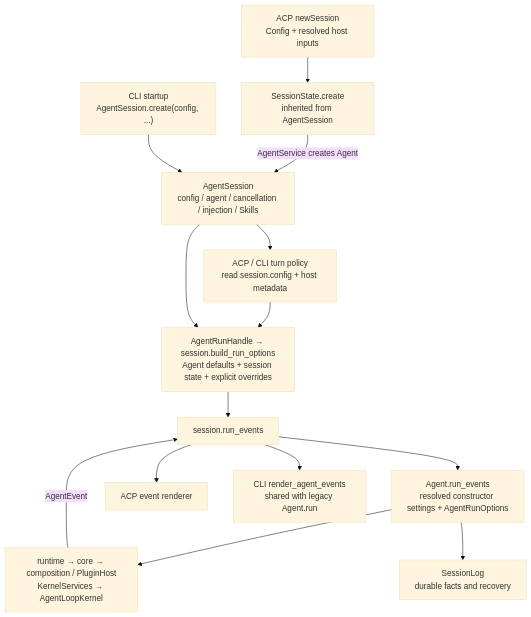
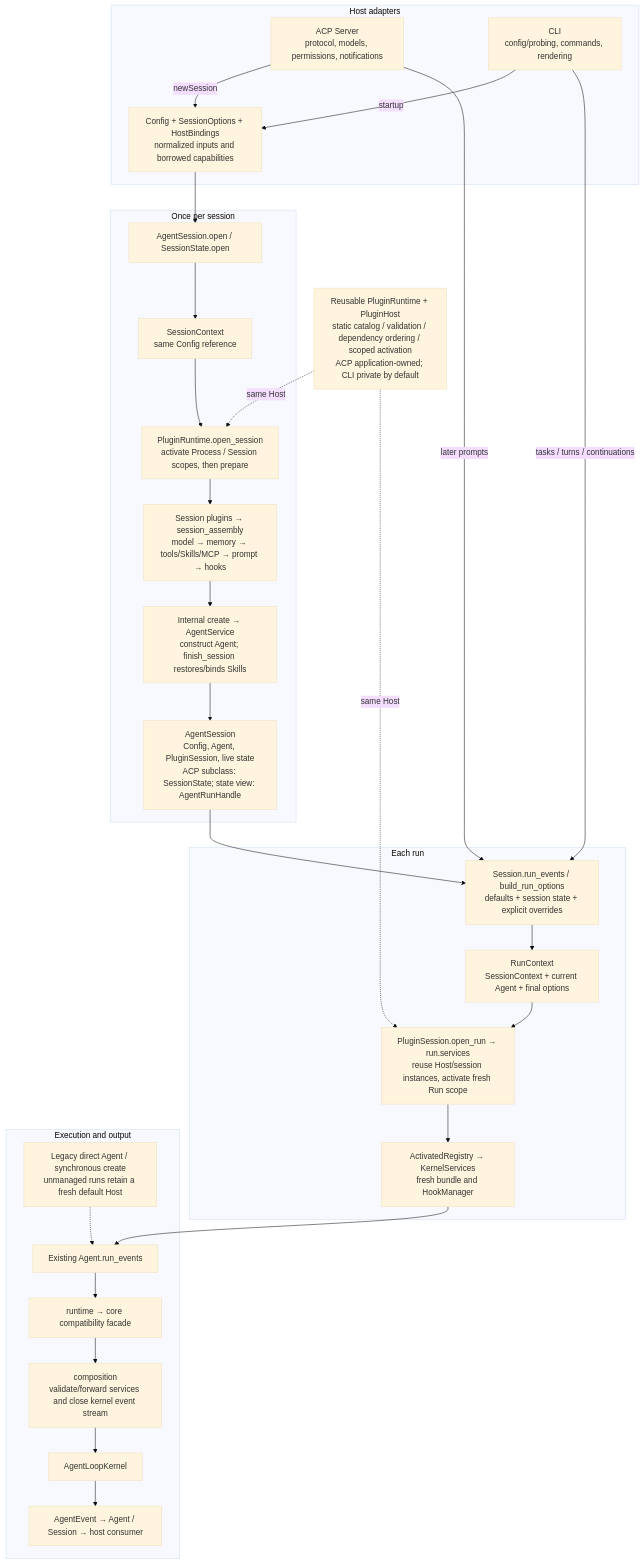
One commit to KRISACHAN/Box-Agent changed the diagram in docs/AGENT_SESSION.md. Above: the diagram before and after it, drawn with Mermaid (base theme). The commit also changed other lines of this file and 32 other files, not shown here.

Commit message:
refactor(session): manage capability assembly through scoped plugins

````diff
--- a/docs/AGENT_SESSION.md
+++ b/docs/AGENT_SESSION.md
@@ -10,25 +11,41 @@
 ```mermaid
 flowchart TB
-    AC["ACP newSession<br/>Config + resolved host inputs"]
-    CREATE["SessionState.create<br/>inherited from AgentSession"]
-    CLI["CLI startup<br/>AgentSession.create(config, ...) "]
-    SS["AgentSession<br/>config / agent / cancellation / injection / Skills"]
-    HOST["ACP / CLI turn policy<br/>read session.config + host metadata"]
-    OPTIONS["AgentRunHandle → session.build_run_options<br/>Agent defaults + session state + explicit overrides"]
-    EVENTS["session.run_events"]
-    AGENT["Agent.run_events<br/>resolved constructor settings + AgentRunOptions"]
-    LOOP["runtime → core → composition / PluginHost<br/>KernelServices → AgentLoopKernel"]
-    LOG["SessionLog<br/>durable facts and recovery"]
-    ACP["ACP event renderer"]
-    TERM["CLI render_agent_events<br/>shared with legacy Agent.run"]
-
-    AC --> CREATE
-    CREATE -->|AgentService creates Agent| SS
-    CLI --> SS
-    SS --> HOST --> OPTIONS --> EVENTS --> AGENT --> LOOP
-    SS --> OPTIONS
-    AGENT --> LOG
-    LOOP -->|AgentEvent| EVENTS
-    EVENTS --> ACP
-    EVENTS --> TERM
+    subgraph HOST["Host adapters"]
+        ACP["ACP Server<br/>protocol, models, permissions, notifications"]
+        CLI["CLI<br/>config/probing, commands, rendering"]
+        INPUT["Config + SessionOptions + HostBindings<br/>normalized inputs and borrowed capabilities"]
+        ACP -->|"newSession"| INPUT
+        CLI -->|"startup"| INPUT
+    end
+    RUNTIME["Reusable PluginRuntime + PluginHost<br/>static catalog / validation / dependency ordering / scoped activation<br/>ACP application-owned; CLI private by default"]
+    subgraph CREATE["Once per session"]
+        OPEN["AgentSession.open / SessionState.open"]
+        CONTEXT["SessionContext<br/>same Config reference"]
+        PREP["PluginRuntime.open_session<br/>activate Process / Session scopes, then prepare"]
+        ASSEMBLY["Session plugins → session_assembly<br/>model → memory → tools/Skills/MCP → prompt → hooks"]
+        FACTORY["Internal create → AgentService<br/>construct Agent; finish_session restores/binds Skills"]
+        SESSION["AgentSession<br/>Config, Agent, PluginSession, live state<br/>ACP subclass: SessionState; state view: AgentRunHandle"]
+        INPUT --> OPEN --> CONTEXT --> PREP --> ASSEMBLY --> FACTORY --> SESSION
+    end
+    subgraph RUN["Each run"]
+        OPTIONS["Session.run_events / build_run_options<br/>defaults + session state + explicit overrides"]
+        CONTEXT_RUN["RunContext<br/>SessionContext + current Agent + final options"]
+        BIND["PluginSession.open_run → run.services<br/>reuse Host/session instances, activate fresh Run scope"]
+        SERVICES["ActivatedRegistry → KernelServices<br/>fresh bundle and HookManager"]
+        SESSION --> OPTIONS --> CONTEXT_RUN --> BIND --> SERVICES
+    end
+    subgraph EXEC["Execution and output"]
+        AGENT["Existing Agent.run_events"]
+        BRIDGE["runtime → core compatibility facade"]
+        COMPOSE["composition<br/>validate/forward services and close kernel event stream"]
+        KERNEL["AgentLoopKernel"]
+        EVENTS["AgentEvent → Agent / Session → host consumer"]
+        LEGACY["Legacy direct Agent / synchronous create<br/>unmanaged runs retain a fresh default Host"]
+        SERVICES --> AGENT --> BRIDGE --> COMPOSE --> KERNEL --> EVENTS
+        LEGACY -.-> AGENT
+    end
+    RUNTIME -.->|"same Host"| PREP
+    RUNTIME -.->|"same Host"| BIND
+    ACP -->|"later prompts"| OPTIONS
+    CLI -->|"tasks / turns / continuations"| OPTIONS
 ```
````
